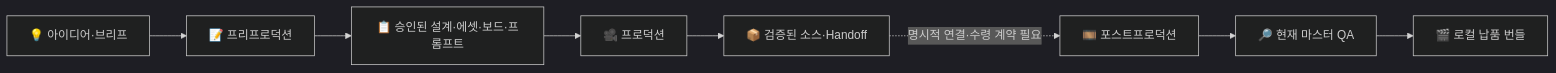
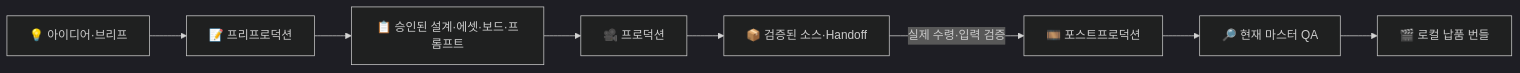
One commit to DeclanJeon/video-skills changed the diagram in README.md. Above: the diagram before and after it, drawn with Mermaid (dark theme). The commit also changed other lines of this file and 8 other files, not shown here.

````diff
--- a/README.md
+++ b/README.md
@@ -32,10 +32,10 @@
 ```mermaid
 flowchart LR
     A[💡 아이디어·브리프] --> B[📝 프리프로덕션]
     B --> C[📋 승인된 설계·에셋·보드·프롬프트]
     C --> D[🎥 프로덕션]
     D --> E[📦 검증된 소스·Handoff]
-    E -. 명시적 연결·수령 계약 필요 .-> F[🎞️ 포스트프로덕션]
+    E -->|실제 수령·입력 검증| F[🎞️ 포스트프로덕션]
     F --> G[🔎 현재 마스터 QA]
     G --> H[🎬 로컬 납품 번들]
 ```
````
